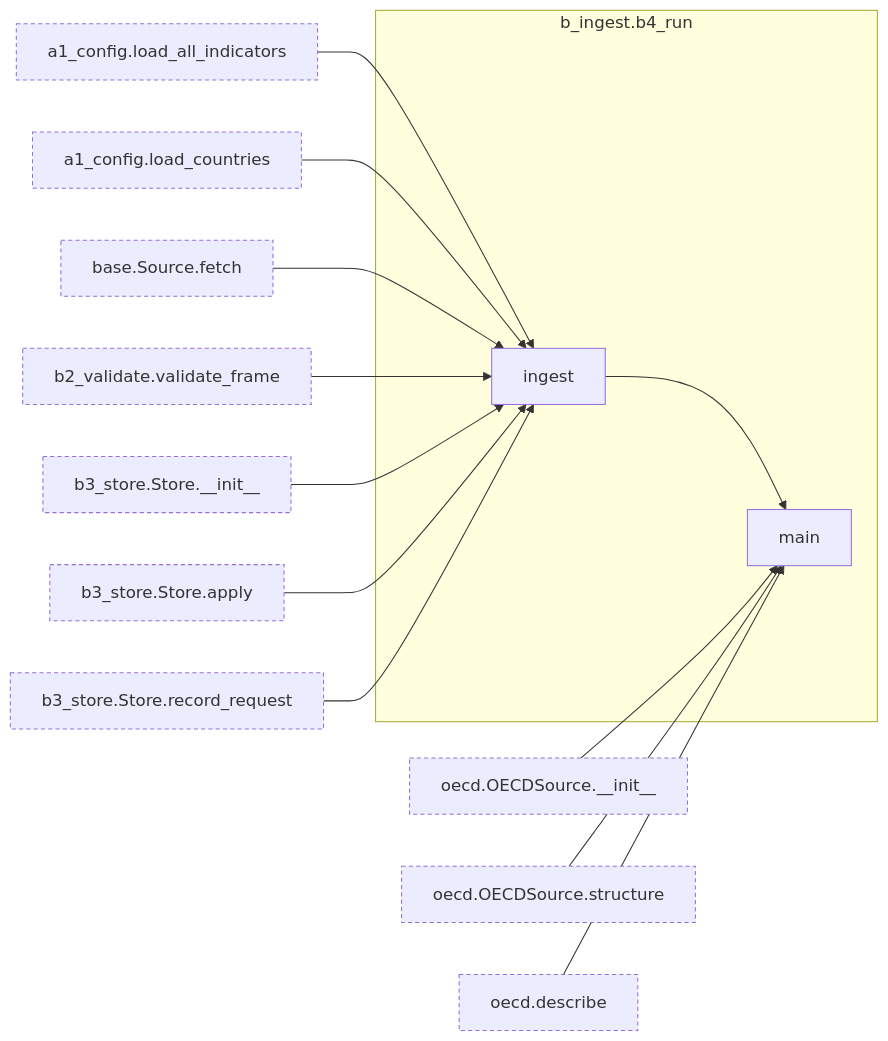
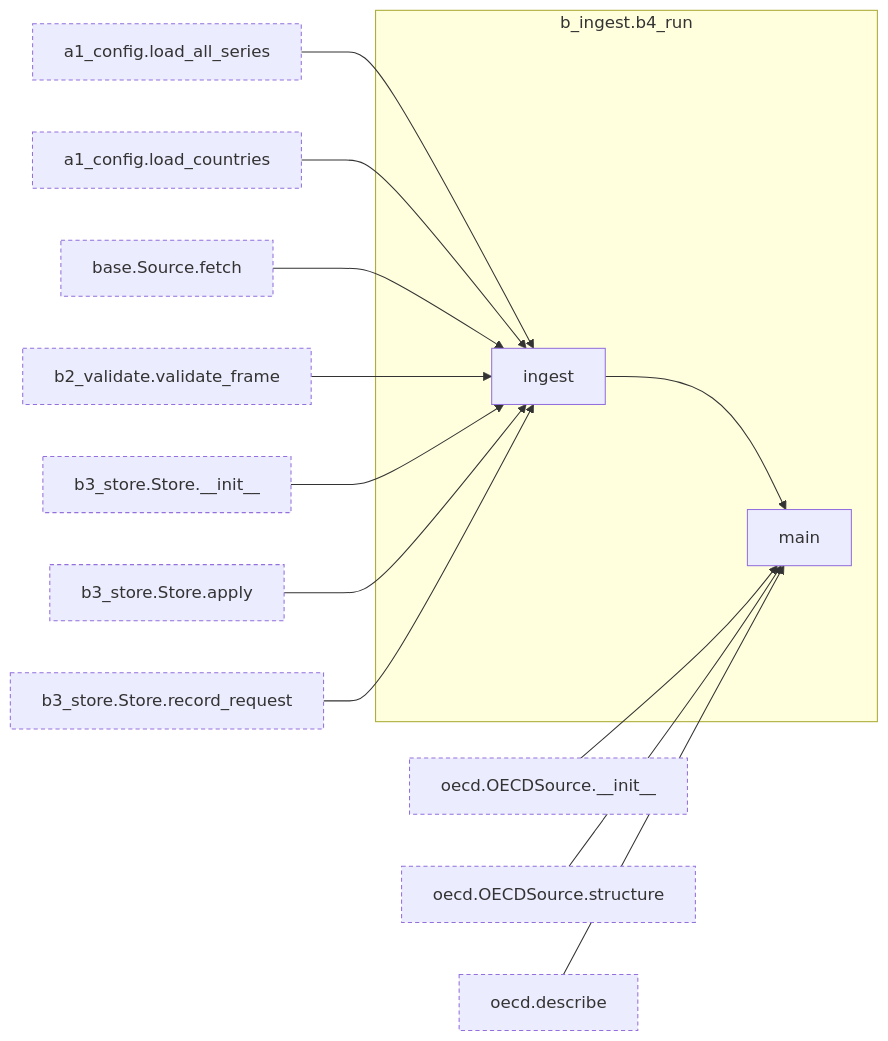
Before and after one commit to bsawyerg15/MacroScan: the ninth of 9 diagrams in docs/architecture.md, drawn with Mermaid. The commit also changed other lines of this file and 13 other files, not shown here.

````diff
--- a/docs/architecture.md
+++ b/docs/architecture.md
@@ -655,41 +708,41 @@
 ```mermaid
 flowchart LR
   subgraph this["b_ingest.b4_run"]
     n_b_ingest_b4_run_ingest["ingest"]
     n_b_ingest_b4_run_main["main"]
   end
-  n_a_core_a1_config_load_all_indicators["a1_config.load_all_indicators"]:::ext
+  n_a_core_a1_config_load_all_series["a1_config.load_all_series"]:::ext
   n_a_core_a1_config_load_countries["a1_config.load_countries"]:::ext
   n_b_ingest_b1_sources_base_Source_fetch["base.Source.fetch"]:::ext
   n_b_ingest_b1_sources_oecd_OECDSource___init__["oecd.OECDSource.__init__"]:::ext
   n_b_ingest_b1_sources_oecd_OECDSource_structure["oecd.OECDSource.structure"]:::ext
   n_b_ingest_b1_sources_oecd_describe["oecd.describe"]:::ext
   n_b_ingest_b2_validate_validate_frame["b2_validate.validate_frame"]:::ext
   n_b_ingest_b3_store_Store___init__["b3_store.Store.__init__"]:::ext
   n_b_ingest_b3_store_Store_apply["b3_store.Store.apply"]:::ext
   n_b_ingest_b3_store_Store_record_request["b3_store.Store.record_request"]:::ext
-  n_a_core_a1_config_load_all_indicators --> n_b_ingest_b4_run_ingest
+  n_a_core_a1_config_load_all_series --> n_b_ingest_b4_run_ingest
   n_a_core_a1_config_load_countries --> n_b_ingest_b4_run_ingest
   n_b_ingest_b1_sources_base_Source_fetch --> n_b_ingest_b4_run_ingest
   n_b_ingest_b2_validate_validate_frame --> n_b_ingest_b4_run_ingest
   n_b_ingest_b3_store_Store___init__ --> n_b_ingest_b4_run_ingest
   n_b_ingest_b3_store_Store_apply --> n_b_ingest_b4_run_ingest
   n_b_ingest_b3_store_Store_record_request --> n_b_ingest_b4_run_ingest
   n_b_ingest_b1_sources_oecd_OECDSource___init__ --> n_b_ingest_b4_run_main
   n_b_ingest_b1_sources_oecd_OECDSource_structure --> n_b_ingest_b4_run_main
   n_b_ingest_b1_sources_oecd_describe --> n_b_ingest_b4_run_main
   n_b_ingest_b4_run_ingest --> n_b_ingest_b4_run_main
-  click n_a_core_a1_config_load_all_indicators href "#fn-a_core-a1_config-load_all_indicators"
+  click n_a_core_a1_config_load_all_series href "#fn-a_core-a1_config-load_all_series"
   click n_a_core_a1_config_load_countries href "#fn-a_core-a1_config-load_countries"
   click n_b_ingest_b1_sources_base_Source_fetch href "#fn-b_ingest-b1_sources-base-Source.fetch"
   click n_b_ingest_b1_sources_oecd_OECDSource___init__ href "#fn-b_ingest-b1_sources-oecd-OECDSource.__init__"
   click n_b_ingest_b1_sources_oecd_OECDSource_structure href "#fn-b_ingest-b1_sources-oecd-OECDSource.structure"
   click n_b_ingest_b1_sources_oecd_describe href "#fn-b_ingest-b1_sources-oecd-describe"
   click n_b_ingest_b2_validate_validate_frame href "#fn-b_ingest-b2_validate-validate_frame"
   click n_b_ingest_b3_store_Store___init__ href "#fn-b_ingest-b3_store-Store.__init__"
   click n_b_ingest_b3_store_Store_apply href "#fn-b_ingest-b3_store-Store.apply"
   click n_b_ingest_b3_store_Store_record_request href "#fn-b_ingest-b3_store-Store.record_request"
   click n_b_ingest_b4_run_ingest href "#fn-b_ingest-b4_run-ingest"
   click n_b_ingest_b4_run_main href "#fn-b_ingest-b4_run-main"
   classDef ext stroke-dasharray: 4 3
 ```
````
